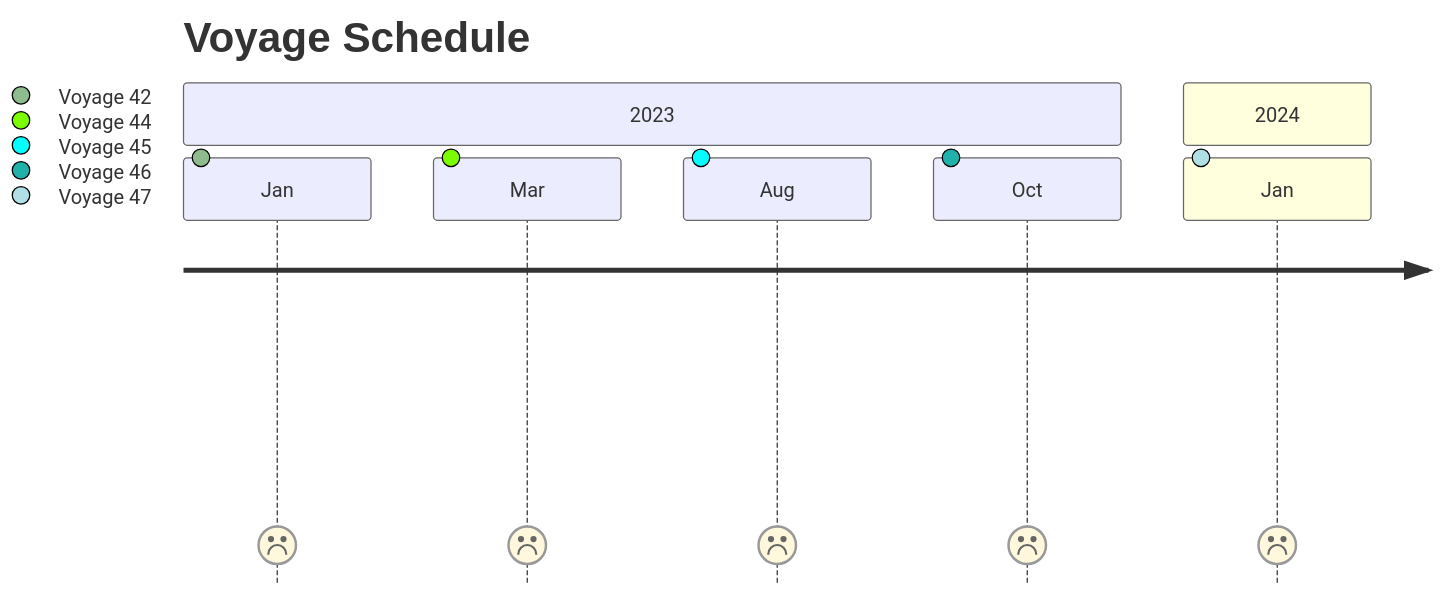
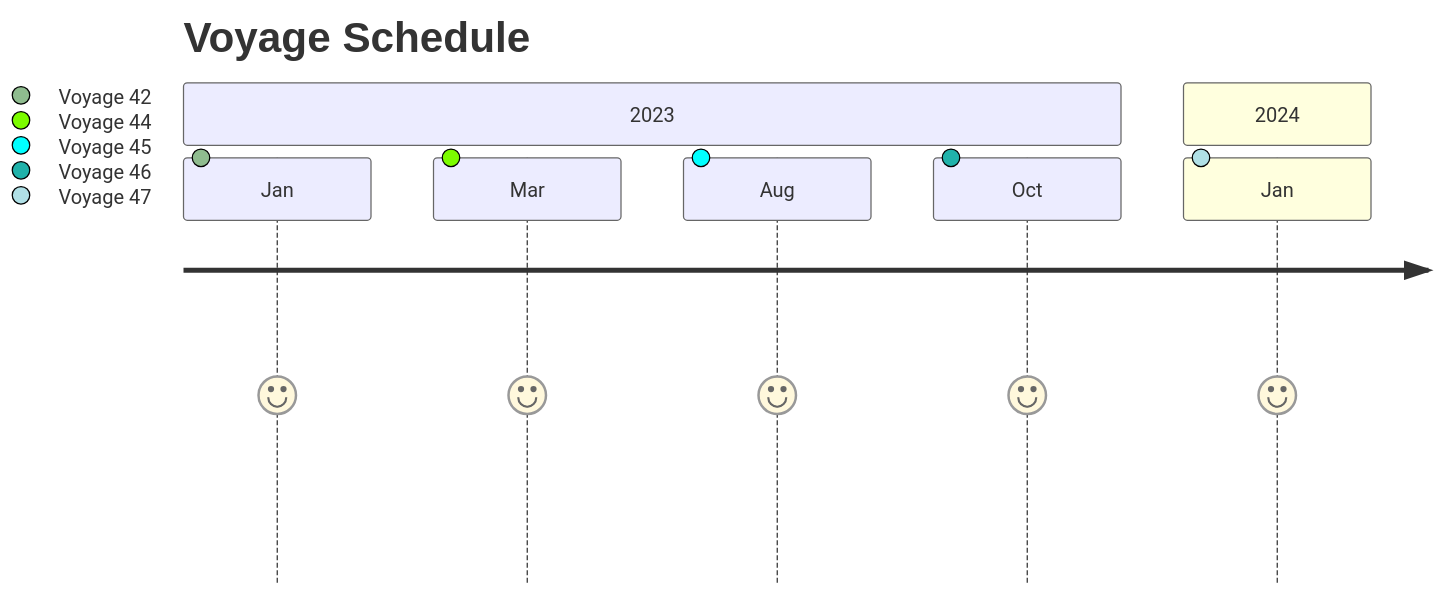
Before and after one commit to chingu-voyages/Handbook: the first of 2 diagrams in docs/guides/voyage.md, drawn with Mermaid.

Commit message:
Feature: Update Voyage schedule [WIP]

````diff
--- a/docs/guides/voyage.md
+++ b/docs/guides/voyage.md
@@ -17,11 +17,11 @@
 ```mermaid
 journey
     title Voyage Schedule
       section 2023
-        Jan: 1: Voyage 42
-        Mar: 1: Voyage 44
-        Aug: 1: Voyage 45
-        Oct: 1: Voyage 46
+        Jan: 5: Voyage 42
+        Mar: 5: Voyage 44
+        Aug: 5: Voyage 45
+        Oct: 5: Voyage 46
       section 2024
-        Jan: 1: Voyage 47
+        Jan: 5: Voyage 47
 ```
````
